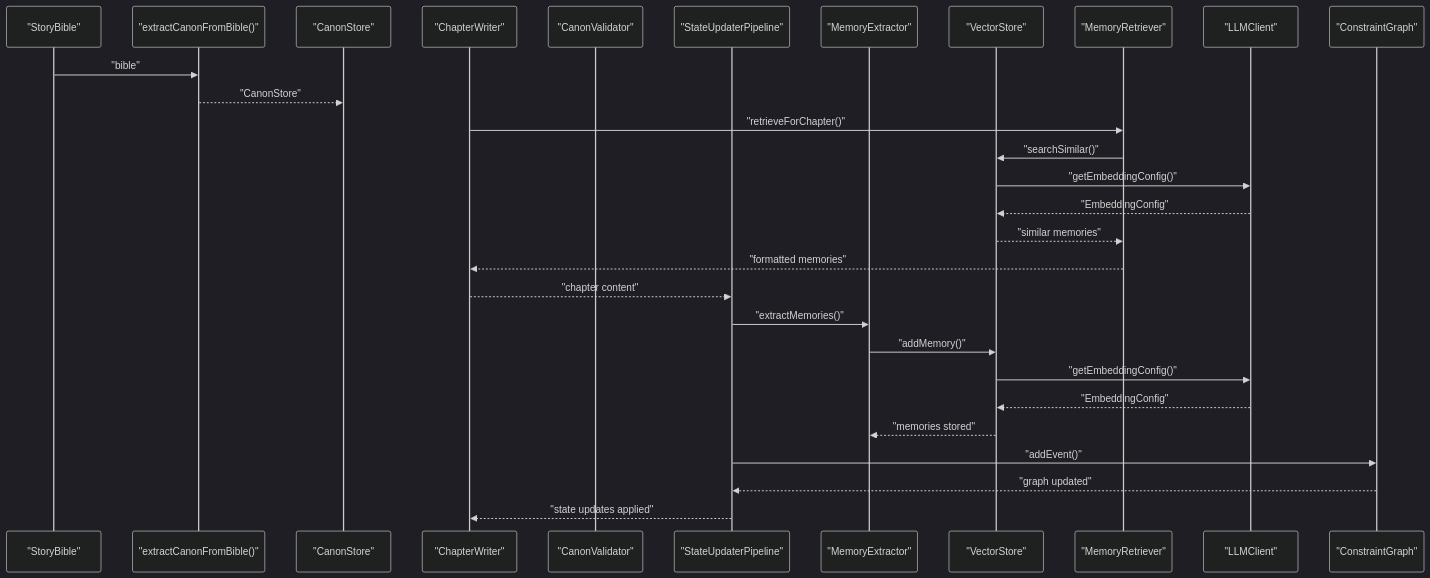
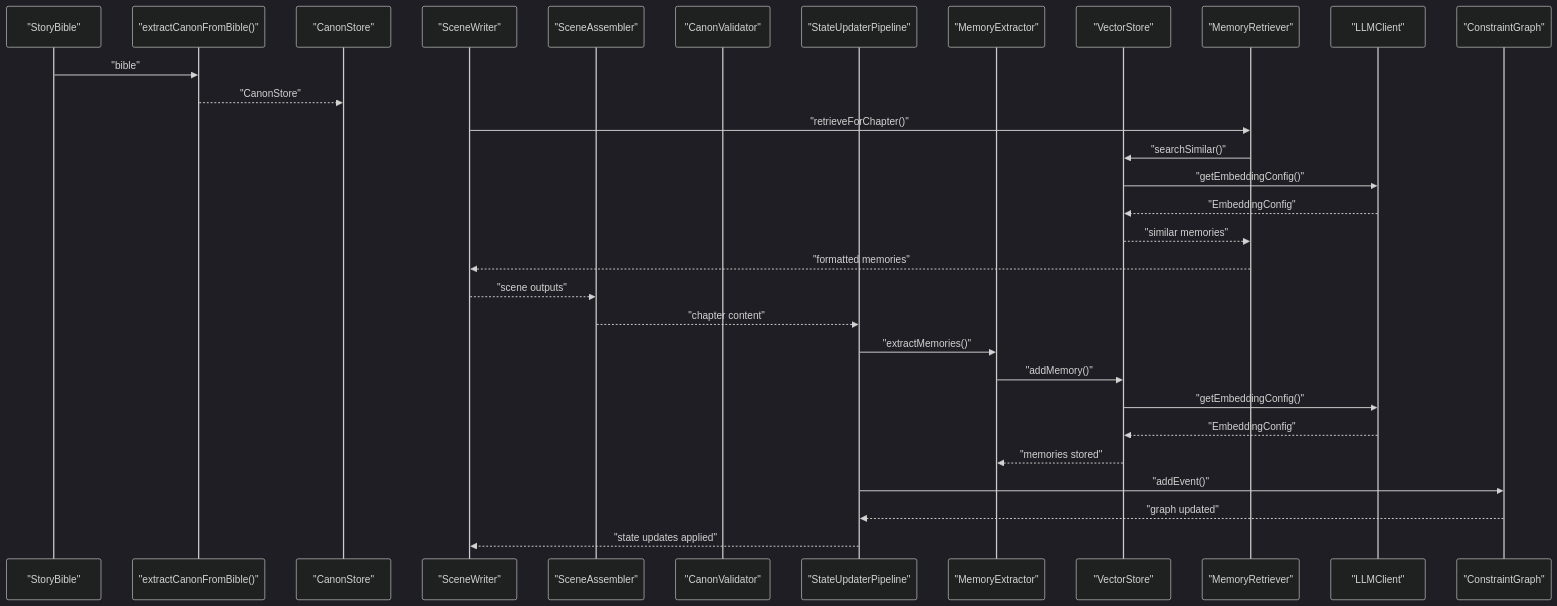
One commit to liwonder/NARRITIVE_OS changed diagram 14 of 17 in .qoder/repowiki/en/content/Memory Management System/Memory Management System.md. Above: the diagram before and after it, drawn with Mermaid (dark theme). The commit also changed other lines of this file and 22 other files, not shown here.

````diff
--- a/.qoder/repowiki/en/content/Memory Management System/Memory Management System.md
+++ b/.qoder/repowiki/en/content/Memory Management System/Memory Management System.md
@@ -551,31 +679,33 @@
 ```mermaid
 sequenceDiagram
 participant B as "StoryBible"
 participant E as "extractCanonFromBible()"
 participant S as "CanonStore"
-participant W as "ChapterWriter"
+participant SW as "SceneWriter"
+participant SA as "SceneAssembler"
 participant V as "CanonValidator"
 participant SU as "StateUpdaterPipeline"
 participant ME as "MemoryExtractor"
 participant VS as "VectorStore"
 participant MR as "MemoryRetriever"
 participant LC as "LLMClient"
 participant CG as "ConstraintGraph"
 B->>E : "bible"
 E-->>S : "CanonStore"
-W->>MR : "retrieveForChapter()"
+SW->>MR : "retrieveForChapter()"
 MR->>VS : "searchSimilar()"
 VS->>LC : "getEmbeddingConfig()"
 LC-->>VS : "EmbeddingConfig"
 VS-->>MR : "similar memories"
-MR-->>W : "formatted memories"
-W-->>SU : "chapter content"
+MR-->>SW : "formatted memories"
+SW-->>SA : "scene outputs"
+SA-->>SU : "chapter content"
 SU->>ME : "extractMemories()"
 ME->>VS : "addMemory()"
 VS->>LC : "getEmbeddingConfig()"
 LC-->>VS : "EmbeddingConfig"
 VS-->>ME : "memories stored"
 SU->>CG : "addEvent()"
 CG-->>SU : "graph updated"
-SU-->>W : "state updates applied"
+SU-->>SW : "state updates applied"
 ```
````
